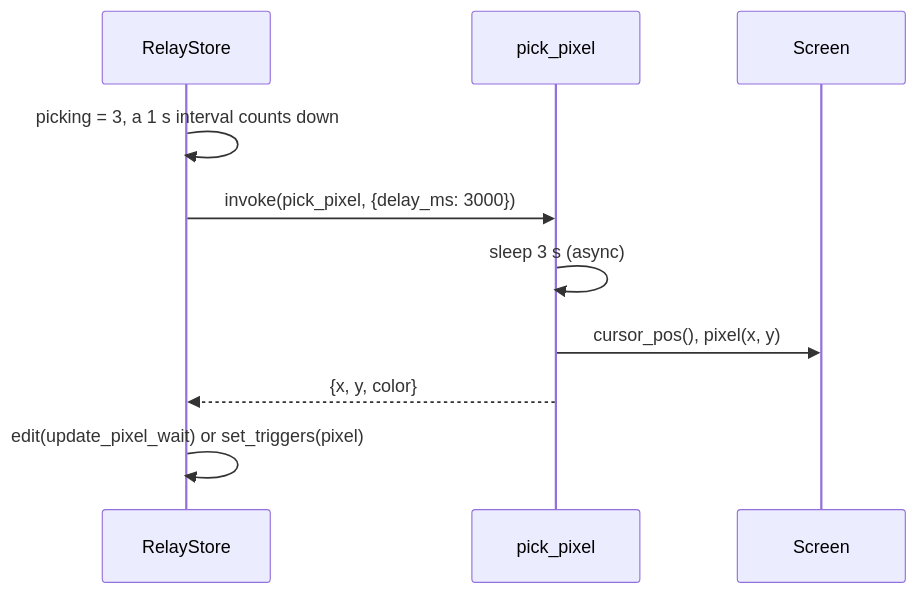
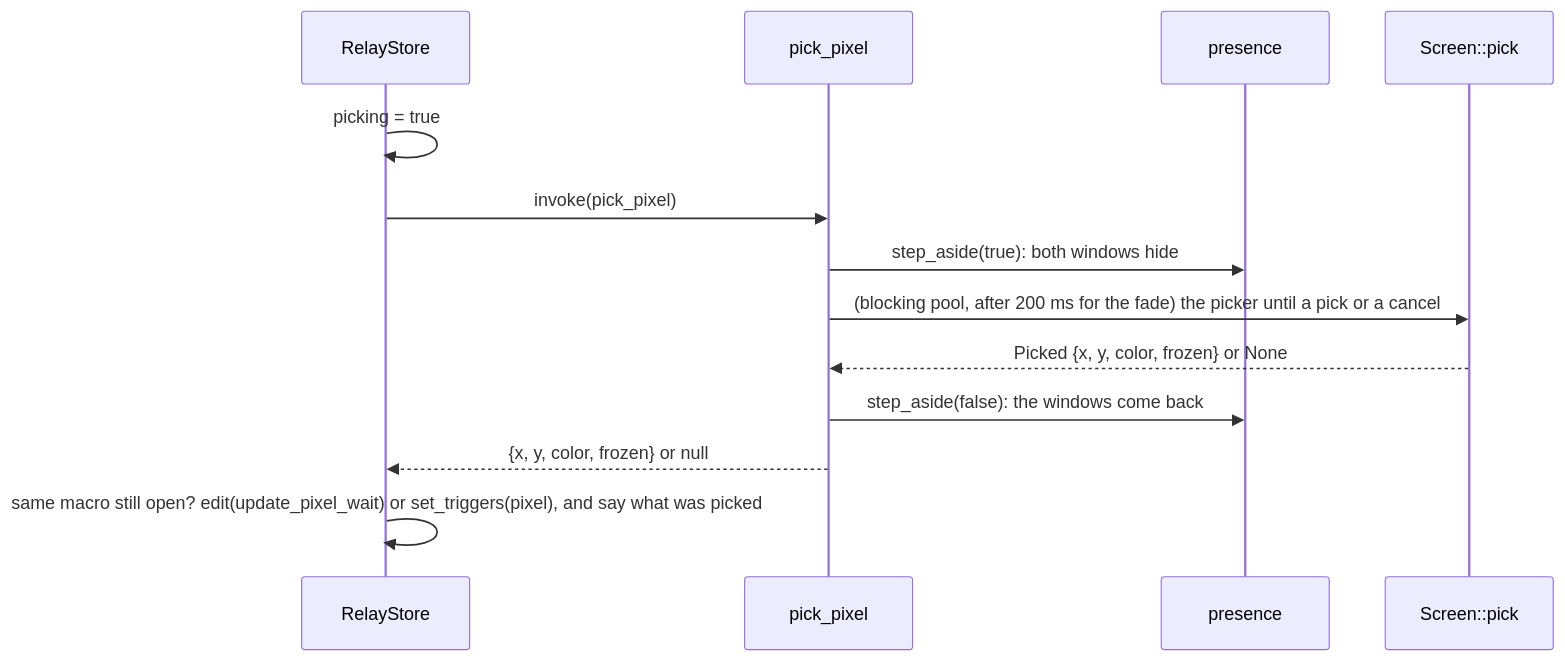
The third of 4 diagrams in docs/engineering/ipc.md (HappyRave/Relay), drawn with Mermaid before and after one commit. The commit also changed other lines of this file and 41 other files, not shown here.

````diff
--- a/docs/engineering/ipc.md
+++ b/docs/engineering/ipc.md
@@ -182,12 +200,15 @@
 ```mermaid
 sequenceDiagram
     participant S as RelayStore
     participant C as pick_pixel
-    participant P as Screen
-    S->>S: picking = 3, a 1 s interval counts down
-    S->>C: invoke(pick_pixel, {delay_ms: 3000})
-    C->>C: sleep 3 s (async)
-    C->>P: cursor_pos(), pixel(x, y)
-    C-->>S: {x, y, color}
-    S->>S: edit(update_pixel_wait) or set_triggers(pixel)
+    participant PR as presence
+    participant P as Screen::pick
+    S->>S: picking = true
+    S->>C: invoke(pick_pixel)
+    C->>PR: step_aside(true): both windows hide
+    C->>P: (blocking pool, after 200 ms for the fade) the picker until a pick or a cancel
+    P-->>C: Picked {x, y, color, frozen} or None
+    C->>PR: step_aside(false): the windows come back
+    C-->>S: {x, y, color, frozen} or null
+    S->>S: same macro still open? edit(update_pixel_wait) or set_triggers(pixel), and say what was picked
 ```
````
